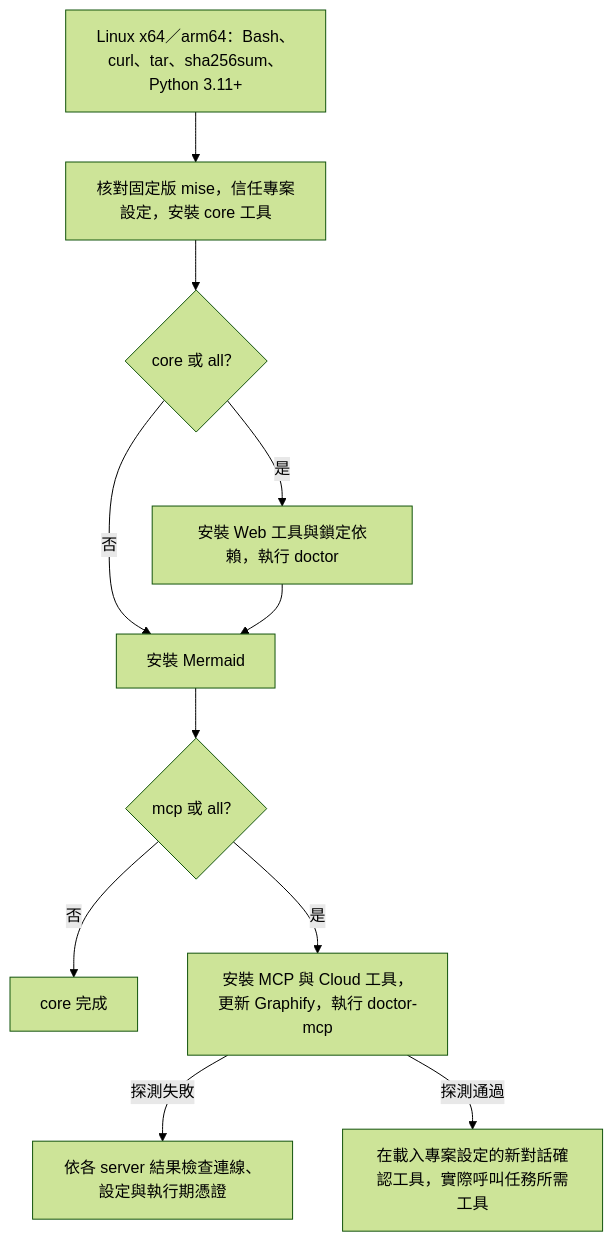
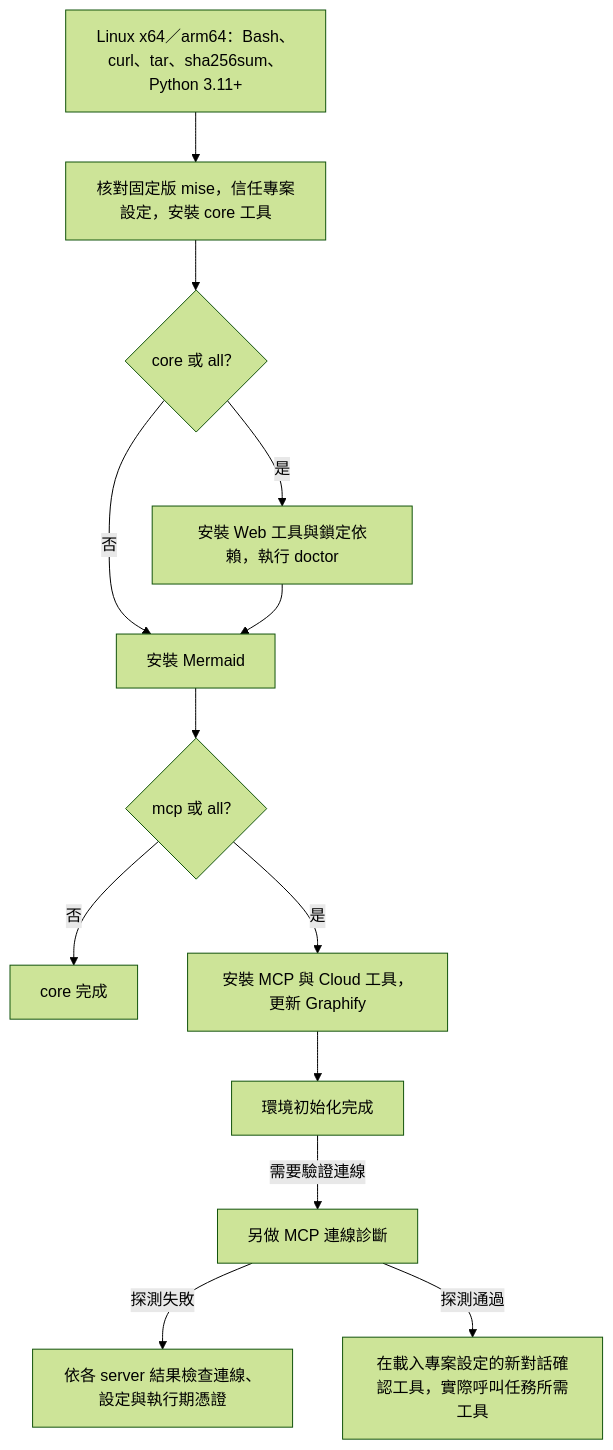
Before and after one commit to 963sup/line-mini-app-bot: the first of 2 diagrams in docs/development/environment/setup.md, drawn with Mermaid (forest theme). The commit also changed other lines of this file and 42 other files, not shown here.

````diff
--- a/docs/development/environment/setup.md
+++ b/docs/development/environment/setup.md
@@ -13,13 +19,15 @@
 ```mermaid
 flowchart TD
   A["Linux x64／arm64：Bash、curl、tar、sha256sum、Python 3.11+"] --> B["核對固定版 mise，信任專案設定，安裝 core 工具"]
   B --> W{"core 或 all？"}
   W -->|是| D["安裝 Web 工具與鎖定依賴，執行 doctor"]
   W -->|否| M["安裝 Mermaid"]
   D --> M
   M --> C{"mcp 或 all？"}
   C -->|否| E["core 完成"]
-  C -->|是| G["安裝 MCP 與 Cloud 工具，更新 Graphify，執行 doctor-mcp"]
-  G -->|探測失敗| F["依各 server 結果檢查連線、設定與執行期憑證"]
-  G -->|探測通過| H["在載入專案設定的新對話確認工具，實際呼叫任務所需工具"]
+  C -->|是| G["安裝 MCP 與 Cloud 工具，更新 Graphify"]
+  G --> J["環境初始化完成"]
+  J -->|需要驗證連線| K["另做 MCP 連線診斷"]
+  K -->|探測失敗| F["依各 server 結果檢查連線、設定與執行期憑證"]
+  K -->|探測通過| H["在載入專案設定的新對話確認工具，實際呼叫任務所需工具"]
 ```
````
